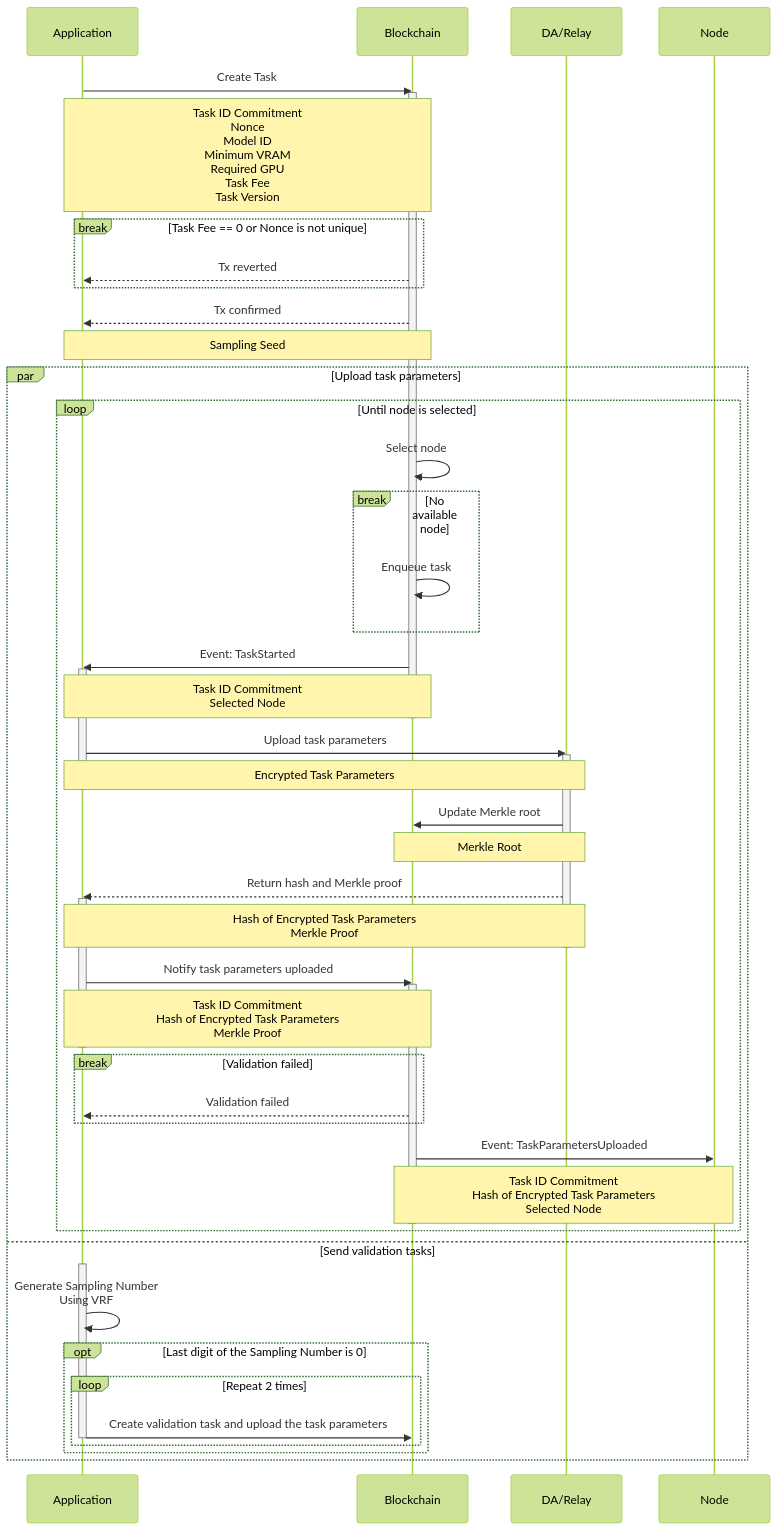
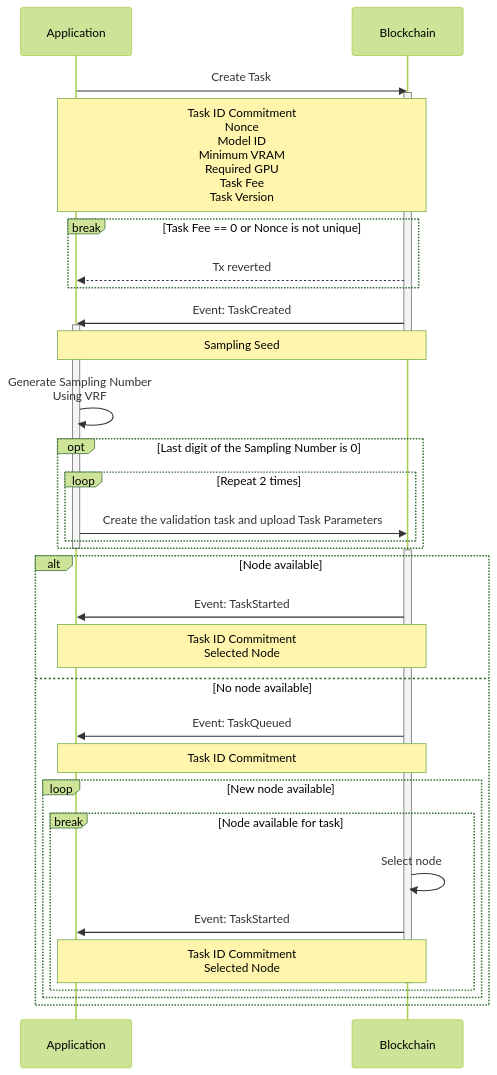
Before and after one commit to crynux-ai/documentation: the first of 5 diagrams in gitbook/system-design/task-lifecycle.md, drawn with Mermaid (forest theme). The commit also changed other lines of this file, not shown here.

````diff
--- a/gitbook/system-design/task-lifecycle.md
+++ b/gitbook/system-design/task-lifecycle.md
@@ -97,64 +99,43 @@
 ```mermaid
 sequenceDiagram
     Participant A as Application
     Participant B as Blockchain
-    Participant R as DA/Relay
-    Participant N as Node
 
     A ->> B: Create Task
     activate B
     Note over A,B: Task ID Commitment<br/>Nonce<br/>Model ID<br/>Minimum VRAM<br/>Required GPU<br/>Task Fee<br/>Task Version
 
     break Task Fee == 0 or Nonce is not unique
         B -->> A: Tx reverted
     end
-    
-    B -->> A: Tx confirmed
+
+    B ->> A: Event: TaskCreated
+    activate A
     Note over A,B: Sampling Seed
+    deactivate B
 
-    par Upload task parameters
+    A ->> A: Generate Sampling Number<br/>Using VRF
+    opt Last digit of the Sampling Number is 0
+        loop Repeat 2 times
+            A ->> B: Create the validation task and upload Task Parameters
+        end
+    end    
+    deactivate A
+    activate B
 
-        loop Until node is selected
-            B ->> B: Select node
-            
-            break No available node
-                B ->> B: Enqueue task
+    alt Node available
+        B ->> A: Event: TaskStarted
+        Note over A,B: Task ID Commitment<br/>Selected Node
+    else No node available
+        B ->> A: Event: TaskQueued
+        Note over A,B: Task ID Commitment
+        loop New node available
+            break Node available for task
+               B ->> B: Select node
+               B ->> A: Event: TaskStarted
+               Note over A,B: Task ID Commitment<br/>Selected Node
+               deactivate B
             end
-
-            B ->> A: Event: TaskStarted
-            activate A
-            Note over A,B: Task ID Commitment<br />Selected Node
-            deactivate B
-            A ->> R: Upload task parameters
-            activate R
-            note over A,R: Encrypted Task Parameters
-            deactivate A
-            R ->> B: Update Merkle root
-            note over B,R: Merkle Root
-            R -->> A: Return hash and Merkle proof
-            activate A
-            note over A,R: Hash of Encrypted Task Parameters<br/>Merkle Proof
-            deactivate R
-            A ->> B: Notify task parameters uploaded
-            activate B
-            note over A,B: Task ID Commitment<br/>Hash of Encrypted Task Parameters<br/>Merkle Proof
-            deactivate A
-            break Validation failed
-                B -->> A: Validation failed
-            end
-            B ->> N: Event: TaskParametersUploaded
-            note over B,N: Task ID Commitment<br/>Hash of Encrypted Task Parameters<br/>Selected Node
-            deactivate B
         end
-
-    and Send validation tasks
-        activate A
-        A ->> A: Generate Sampling Number<br/>Using VRF
-        opt Last digit of the Sampling Number is 0
-            loop Repeat 2 times
-                A ->> B: Create validation task and upload the task parameters
-                deactivate A
-            end
-        end    
     end
 ```
````
